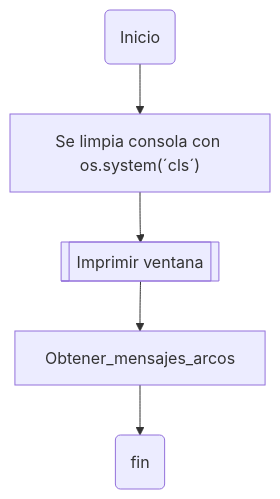
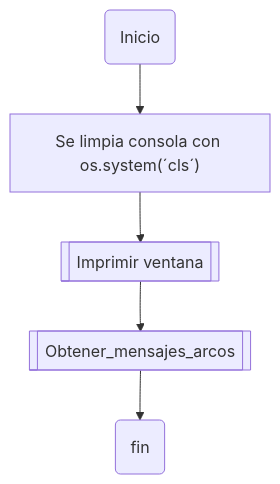
Before and after one commit to JuanJoToAl/Juego---Los_vivos_mienten: the first of 13 diagrams in README.md, drawn with Mermaid.

Commit message:
ajuste primer diagrama de flujo

````diff
--- a/README.md
+++ b/README.md
@@ -54,7 +54,7 @@
 ```mermaid
 flowchart TD
     n2("Inicio") --> n12["Se limpia consola con os.system(´cls´)"]
     n12 --> n13[["Imprimir ventana"]]
-    n13 --> n14["Obtener_mensajes_arcos"]
+    n13 --> n14[["Obtener_mensajes_arcos"]]
     n14 --> n15("fin")
 ```
````
